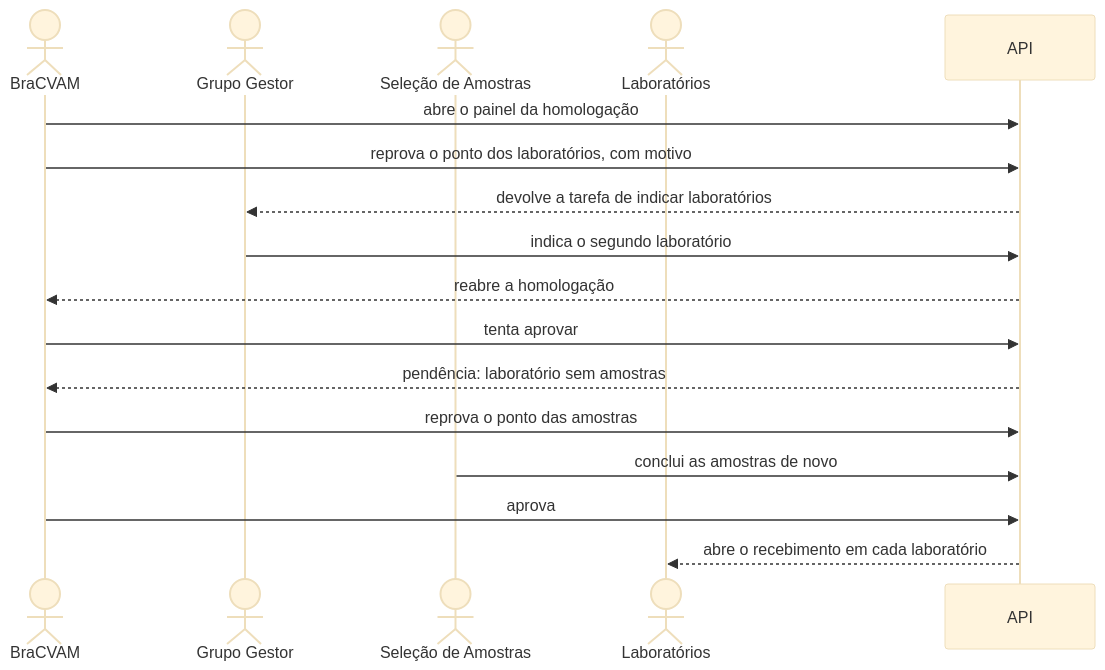
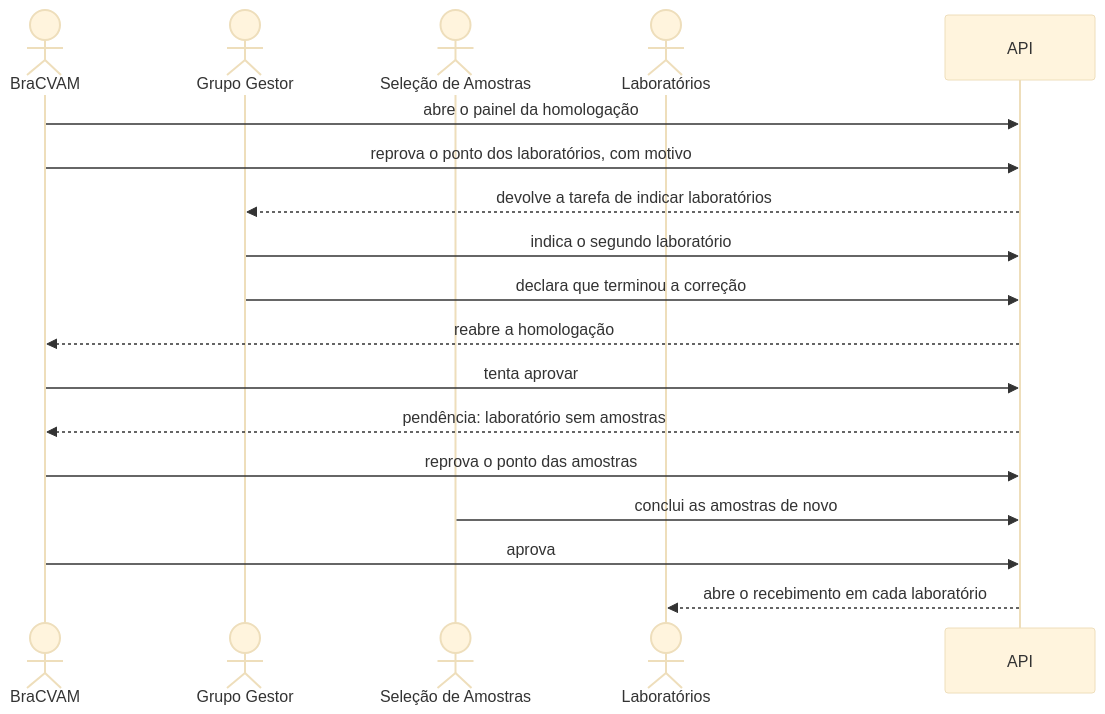
The diagram in manual/tutorial/homologacao-da-estrutura.md (pivma-bracvam/pivma-back), drawn with Mermaid (base theme) before and after one commit. The commit also changed other lines of this file and 46 other files, not shown here.

````diff
--- a/manual/tutorial/homologacao-da-estrutura.md
+++ b/manual/tutorial/homologacao-da-estrutura.md
@@ -10,19 +10,20 @@
 ```mermaid
 sequenceDiagram
     actor B as BraCVAM
     actor G as Grupo Gestor
     actor S as Seleção de Amostras
     actor L as Laboratórios
     participant API
     B->>API: abre o painel da homologação
     B->>API: reprova o ponto dos laboratórios, com motivo
     API-->>G: devolve a tarefa de indicar laboratórios
     G->>API: indica o segundo laboratório
+    G->>API: declara que terminou a correção
     API-->>B: reabre a homologação
     B->>API: tenta aprovar
     API-->>B: pendência: laboratório sem amostras
     B->>API: reprova o ponto das amostras
     S->>API: conclui as amostras de novo
     B->>API: aprova
     API-->>L: abre o recebimento em cada laboratório
 ```
````
